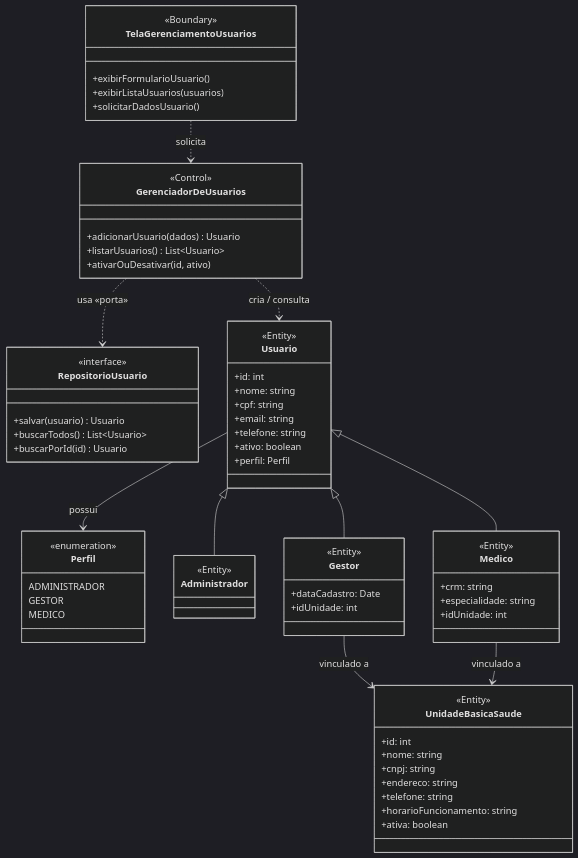
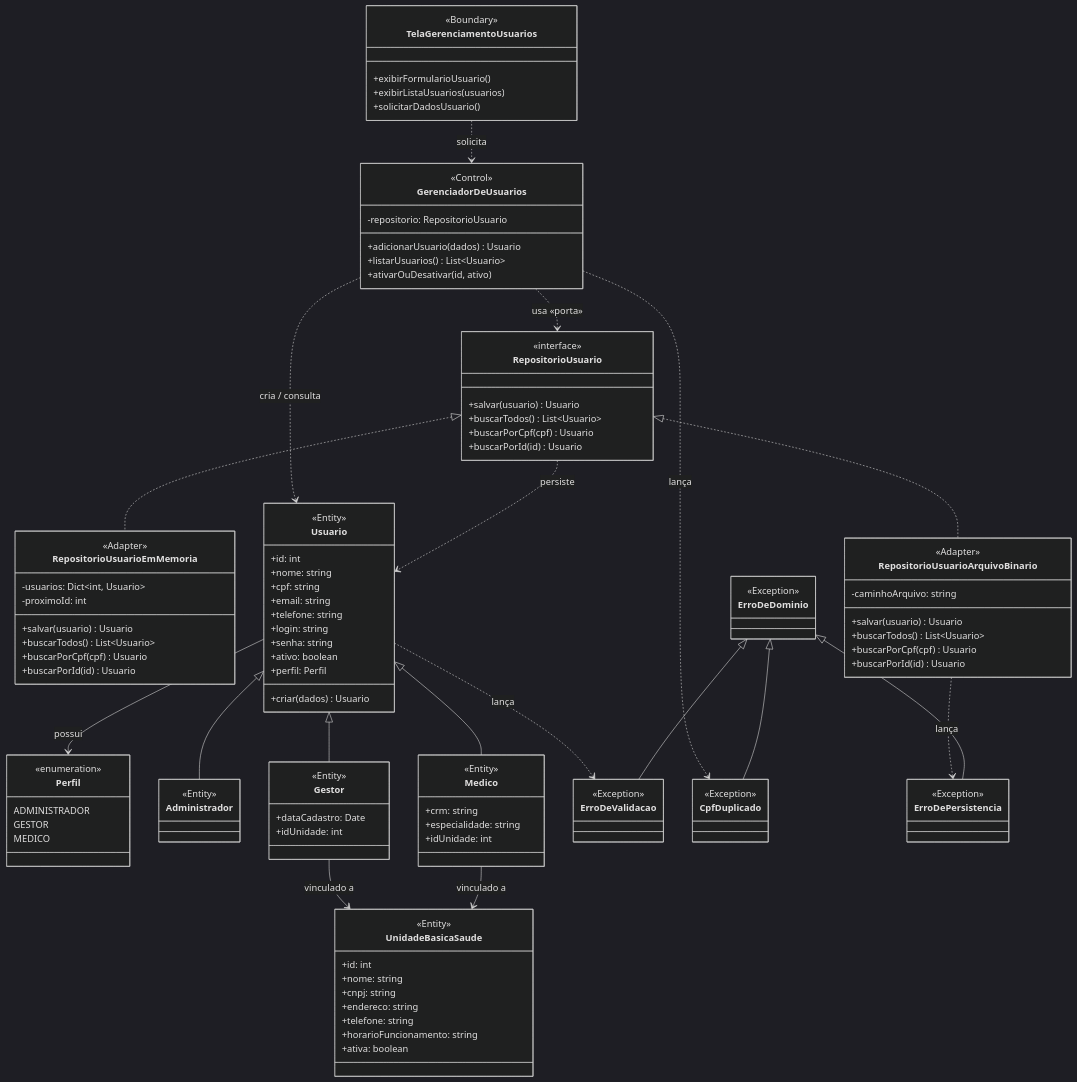
One commit to jonatahpfg/Trabalho-app-apoio-saude changed the second of 2 diagrams in docs/diagramas-sistema.md. Above: the diagram before and after it, drawn with Mermaid (dark theme). The commit also changed other lines of this file and 1 other file, not shown here.

Commit message:
docs: atualiza diagrama de classes

```diff
--- a/docs/diagramas-sistema.md
+++ b/docs/diagramas-sistema.md
@@ -84,6 +95,7 @@
     %% ---------- Controle (Control) = núcleo / casos de uso ----------
     class GerenciadorDeUsuarios {
         <<Control>>
+        -repositorio: RepositorioUsuario
         +adicionarUsuario(dados) Usuario
         +listarUsuarios() List~Usuario~
         +ativarOuDesativar(id, ativo)
@@ -94,6 +106,27 @@
         <<interface>>
         +salvar(usuario) Usuario
         +buscarTodos() List~Usuario~
+        +buscarPorCpf(cpf) Usuario
+        +buscarPorId(id) Usuario
+    }
+
+    %% ---------- Adaptadores de persistência ----------
+    class RepositorioUsuarioEmMemoria {
+        <<Adapter>>
+        -usuarios: Dict~int, Usuario~
+        -proximoId: int
+        +salvar(usuario) Usuario
+        +buscarTodos() List~Usuario~
+        +buscarPorCpf(cpf) Usuario
+        +buscarPorId(id) Usuario
+    }
+
+    class RepositorioUsuarioArquivoBinario {
+        <<Adapter>>
+        -caminhoArquivo: string
+        +salvar(usuario) Usuario
+        +buscarTodos() List~Usuario~
+        +buscarPorCpf(cpf) Usuario
         +buscarPorId(id) Usuario
     }
 
@@ -105,8 +138,11 @@
         +cpf: string
         +email: string
         +telefone: string
+        +login: string
+        +senha: string
         +ativo: boolean
         +perfil: Perfil
+        +criar(dados) Usuario
     }
 
     class Perfil {
@@ -144,15 +180,45 @@
         +ativa: boolean
     }
 
+    %% ---------- Exceções ----------
+    class ErroDeDominio {
+        <<Exception>>
+    }
+
+    class ErroDeValidacao {
+        <<Exception>>
+    }
+
+    class CpfDuplicado {
+        <<Exception>>
+    }
+
+    class ErroDePersistencia {
+        <<Exception>>
+    }
+
     %% ---------- Relações ----------
     TelaGerenciamentoUsuarios ..> GerenciadorDeUsuarios : solicita
+
     GerenciadorDeUsuarios ..> RepositorioUsuario : usa «porta»
     GerenciadorDeUsuarios ..> Usuario : cria / consulta
+    GerenciadorDeUsuarios ..> CpfDuplicado : lança
+
+    RepositorioUsuario <|.. RepositorioUsuarioEmMemoria
+    RepositorioUsuario <|.. RepositorioUsuarioArquivoBinario
+    RepositorioUsuario ..> Usuario : persiste
+
+    RepositorioUsuarioArquivoBinario ..> ErroDePersistencia : lança
 
     Usuario <|-- Administrador
     Usuario <|-- Gestor
     Usuario <|-- Medico
     Usuario --> Perfil : possui
+    Usuario ..> ErroDeValidacao : lança
+
+    ErroDeDominio <|-- ErroDeValidacao
+    ErroDeDominio <|-- CpfDuplicado
+    ErroDeDominio <|-- ErroDePersistencia
 
     Gestor --> UnidadeBasicaSaude : vinculado a
     Medico --> UnidadeBasicaSaude : vinculado a
```
